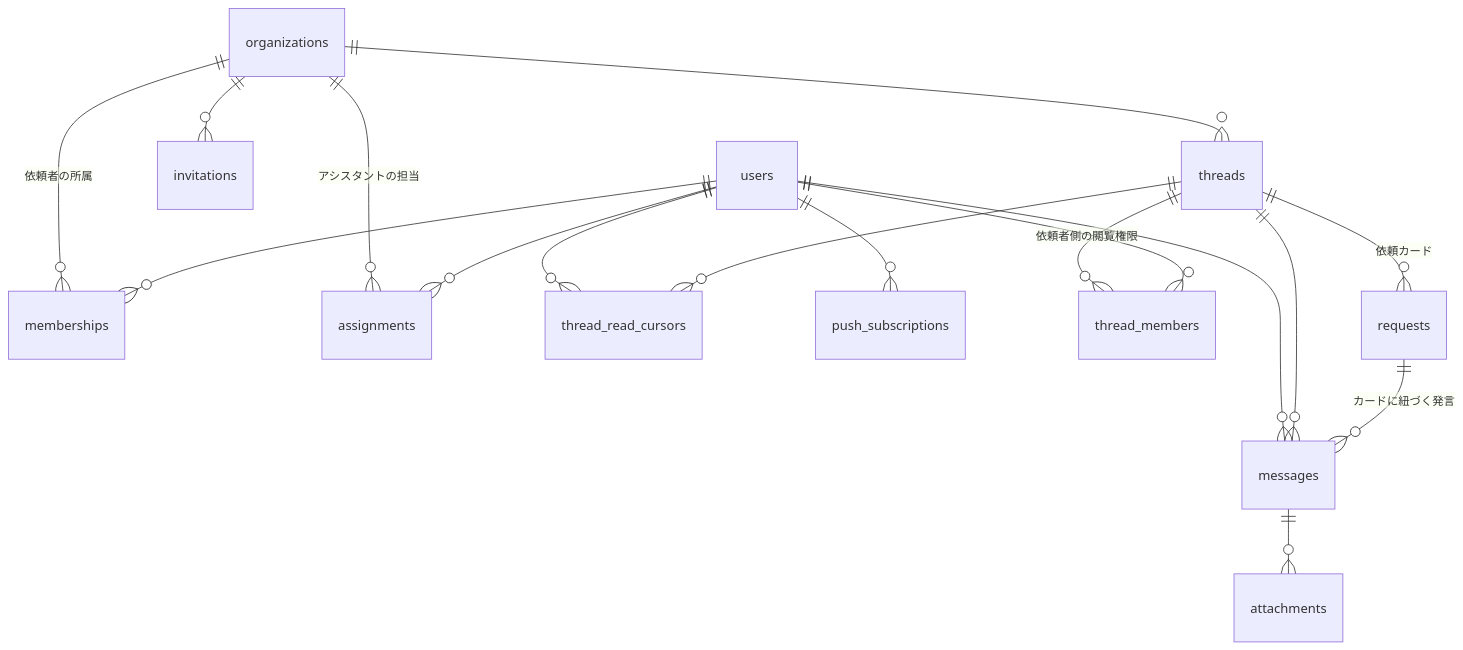
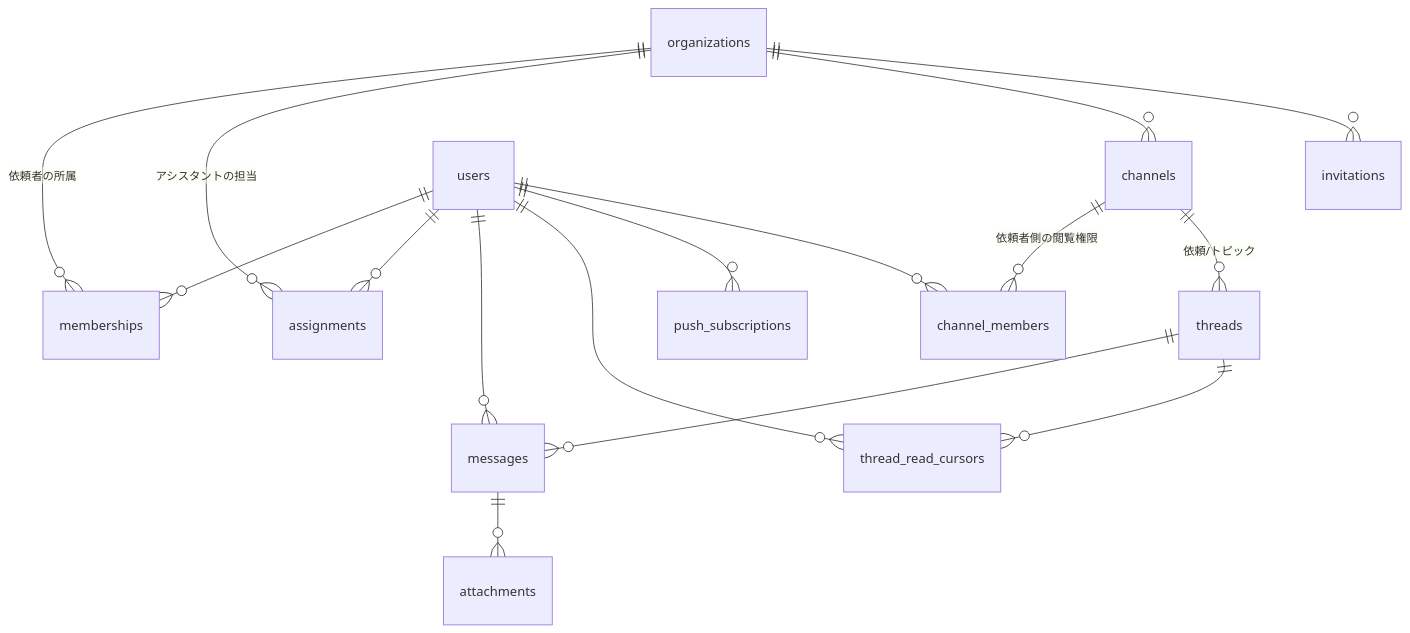
One commit to AkiraMatsumoto-github/talkdesk changed the diagram in docs/database-design.md. Above: the diagram before and after it, drawn with Mermaid. The commit also changed other lines of this file and 2 other files, not shown here.

Commit message:
Restructure to channel > thread > message with channel-level permissions

````diff
--- a/docs/database-design.md
+++ b/docs/database-design.md
@@ -8,19 +10,18 @@
 ```mermaid
 erDiagram
     organizations ||--o{ memberships : "依頼者の所属"
     organizations ||--o{ assignments : "アシスタントの担当"
-    organizations ||--o{ threads : ""
+    organizations ||--o{ channels : ""
     organizations ||--o{ invitations : ""
     users ||--o{ memberships : ""
     users ||--o{ assignments : ""
     users ||--o{ messages : ""
     users ||--o{ thread_read_cursors : ""
     users ||--o{ push_subscriptions : ""
-    threads ||--o{ thread_members : "依頼者側の閲覧権限"
-    threads ||--o{ requests : "依頼カード"
+    channels ||--o{ channel_members : "依頼者側の閲覧権限"
+    channels ||--o{ threads : "依頼/トピック"
+    users ||--o{ channel_members : ""
     threads ||--o{ messages : ""
     threads ||--o{ thread_read_cursors : ""
-    users ||--o{ thread_members : ""
-    requests ||--o{ messages : "カードに紐づく発言"
     messages ||--o{ attachments : ""
 ```
````
